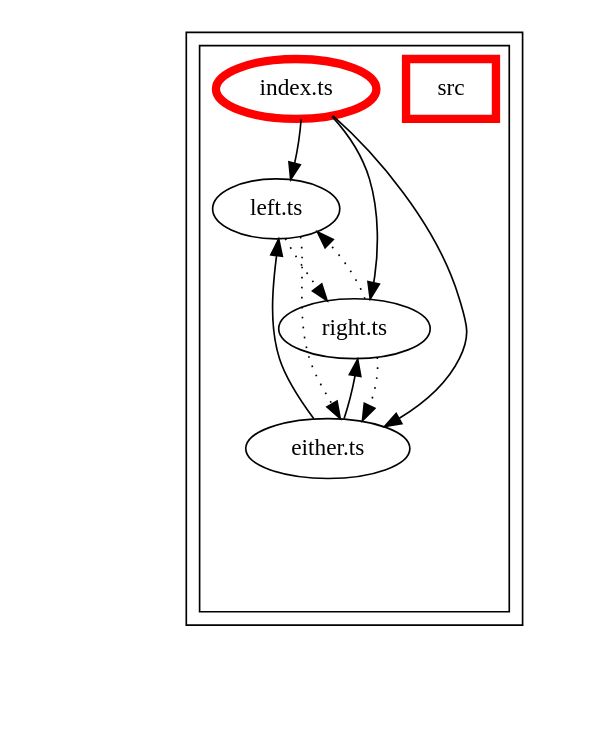
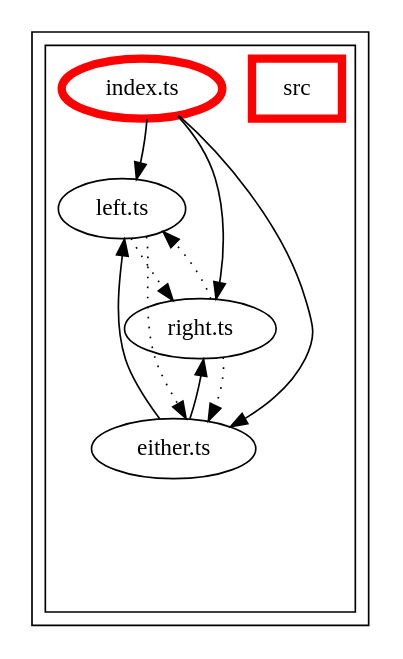
Before and after one commit to Siteimprove/alfa: the diagram in packages/alfa-either/docs/dependency-graph.dot, drawn with Graphviz. The commit also changed 161 other files, not shown here.

First line of the commit message:
Update packages dependency graphs (#1900)

```diff
--- a/packages/alfa-either/docs/dependency-graph.dot
+++ b/packages/alfa-either/docs/dependency-graph.dot
@@ -1,157 +1,127 @@
-digraph "dependency-graph-[object Object]" {
+digraph "dependency-graph-@siteimprove/alfa-either" {
   compound = true;
-  "dependency-graph-[object Object]" [
-    style = "invis";
-  ];
   "src/left.ts";
   "src/right.ts";
   "src/either.ts";
   subgraph "cluster_src" {
     color = "#000000";
     label = "";
-    "name_src" [
-      penwidth = 5;
-      shape = "rectangle";
-      color = "#ff0000";
-      label = "src";
-    ];
     "exit_src" [
       style = "invis";
     ];
     subgraph "cluster_src" {
       color = "#000000";
       label = "";
       "name_src" [
         penwidth = 5;
         shape = "rectangle";
         color = "#ff0000";
         label = "src";
       ];
       "exit_src" [
         style = "invis";
       ];
       "src/either.ts" [
         label = "either.ts";
       ];
+      "src/left.ts" [
+        label = "left.ts";
+      ];
       "src/index.ts" [
         label = "index.ts";
         color = "#ff0000";
         penwidth = 5;
-      ];
-      "src/left.ts" [
-        label = "left.ts";
       ];
       "src/right.ts" [
         label = "right.ts";
       ];
       "src/either.ts" -> "exit_src" [
         style = "invis";
       ];
-      "src/index.ts" -> "exit_src" [
+      "src/left.ts" -> "exit_src" [
         style = "invis";
       ];
-      "src/left.ts" -> "exit_src" [
+      "src/index.ts" -> "exit_src" [
         style = "invis";
       ];
       "src/right.ts" -> "exit_src" [
         style = "invis";
       ];
     }
     "exit_src" -> "exit_src" [
       style = "invis";
     ];
     "exit_src" -> "exit_src" [
       style = "invis";
     ];
     "exit_src" -> "exit_src" [
       style = "invis";
     ];
     "exit_src" -> "exit_src" [
       style = "invis";
     ];
   }
-  "exit_src" -> "dependency-graph-[object Object]" [
-    style = "invis";
-  ];
   "src/either.ts" -> "src/left.ts" [
     style = "invis";
   ];
   "src/either.ts" -> "src/left.ts" [
     style = "solid";
-    ltail = "cluster_src/either.ts";
-    lhead = "cluster_src/left.ts";
     color = "black";
   ];
   "src/either.ts" -> "src/right.ts" [
     style = "invis";
   ];
   "src/either.ts" -> "src/right.ts" [
     style = "solid";
-    ltail = "cluster_src/either.ts";
-    lhead = "cluster_src/right.ts";
+    color = "black";
+  ];
+  "src/left.ts" -> "src/either.ts" [
+    style = "invis";
+  ];
+  "src/left.ts" -> "src/either.ts" [
+    style = "dotted";
+    color = "black";
+  ];
+  "src/left.ts" -> "src/right.ts" [
+    style = "invis";
+  ];
+  "src/left.ts" -> "src/right.ts" [
+    style = "dotted";
     color = "black";
   ];
   "src/index.ts" -> "src/either.ts" [
     style = "invis";
   ];
   "src/index.ts" -> "src/either.ts" [
     style = "solid";
-    ltail = "cluster_src/index.ts";
-    lhead = "cluster_src/either.ts";
     color = "black";
   ];
   "src/index.ts" -> "src/left.ts" [
     style = "invis";
   ];
   "src/index.ts" -> "src/left.ts" [
     style = "solid";
-    ltail = "cluster_src/index.ts";
-    lhead = "cluster_src/left.ts";
     color = "black";
   ];
   "src/index.ts" -> "src/right.ts" [
     style = "invis";
   ];
   "src/index.ts" -> "src/right.ts" [
     style = "solid";
-    ltail = "cluster_src/index.ts";
-    lhead = "cluster_src/right.ts";
-    color = "black";
-  ];
-  "src/left.ts" -> "src/either.ts" [
-    style = "invis";
-  ];
-  "src/left.ts" -> "src/either.ts" [
-    style = "dotted";
-    ltail = "cluster_src/left.ts";
-    lhead = "cluster_src/either.ts";
-    color = "black";
-  ];
-  "src/left.ts" -> "src/right.ts" [
-    style = "invis";
-  ];
-  "src/left.ts" -> "src/right.ts" [
-    style = "dotted";
-    ltail = "cluster_src/left.ts";
-    lhead = "cluster_src/right.ts";
     color = "black";
   ];
   "src/right.ts" -> "src/either.ts" [
     style = "invis";
   ];
   "src/right.ts" -> "src/either.ts" [
     style = "dotted";
-    ltail = "cluster_src/right.ts";
-    lhead = "cluster_src/either.ts";
     color = "black";
   ];
   "src/right.ts" -> "src/left.ts" [
     style = "invis";
   ];
   "src/right.ts" -> "src/left.ts" [
     style = "dotted";
-    ltail = "cluster_src/right.ts";
-    lhead = "cluster_src/left.ts";
     color = "black";
   ];
 }
```
